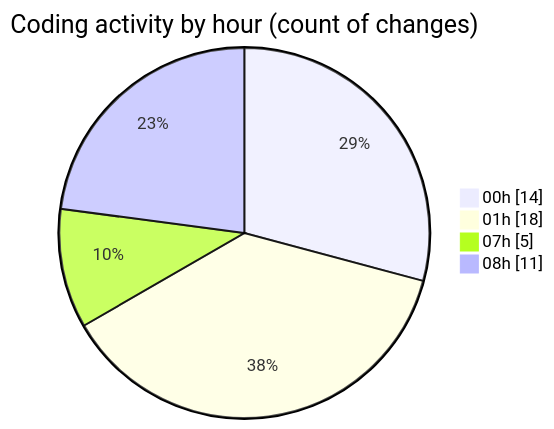
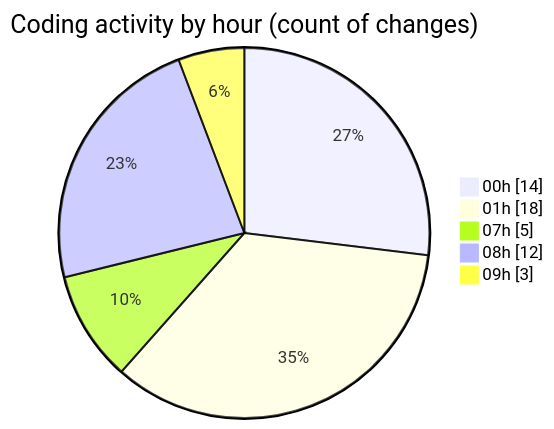
Before and after one commit to idhammustaqopulfikri/code-tracking: the second of 2 diagrams in 2025-06-23/studio-backend/README.md, drawn with Mermaid. The commit also changed other lines of this file and 1 other file, not shown here.

````diff
--- a/2025-06-23/studio-backend/README.md
+++ b/2025-06-23/studio-backend/README.md
@@ -33,8 +33,9 @@
 ```mermaid
 pie showData
 title Coding activity by hour (count of changes)
 "00h" : 14
 "01h" : 18
 "07h" : 5
-"08h" : 11
+"08h" : 12
+"09h" : 3
 ```
````
